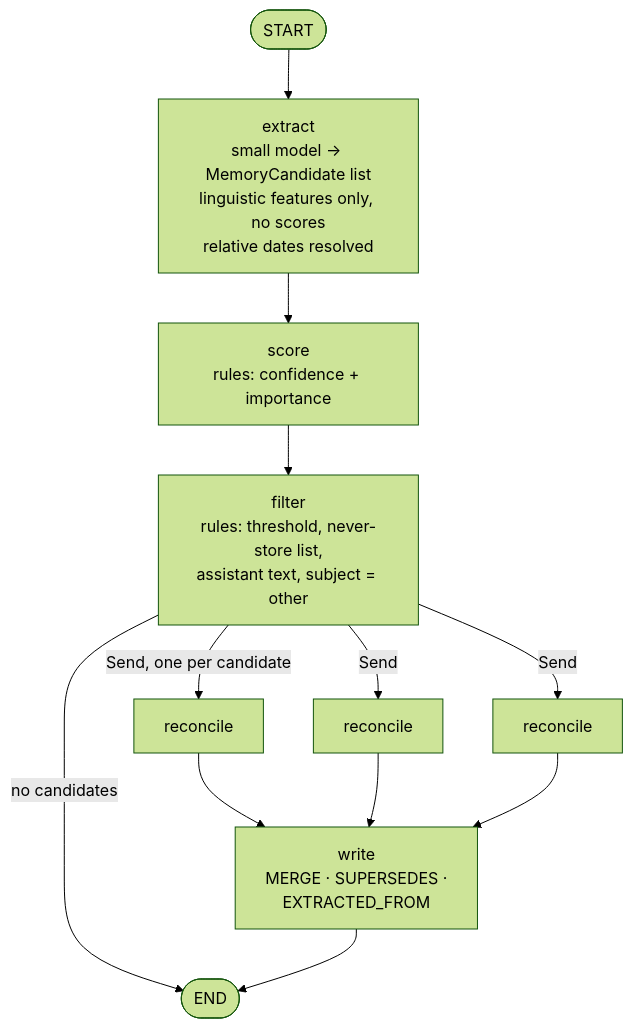
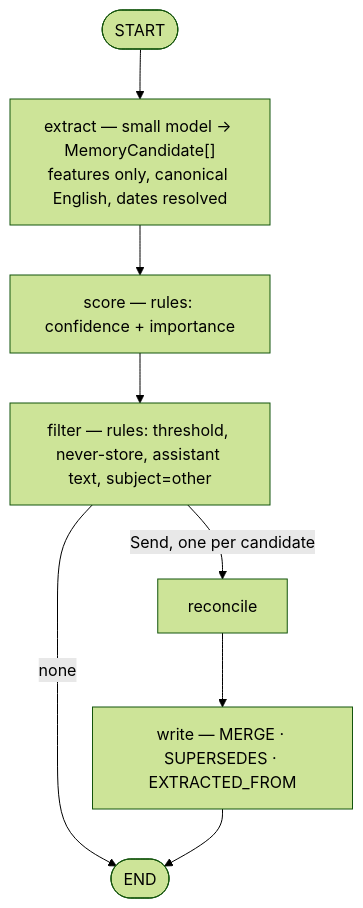
The third of 4 diagrams in docs/ARCHITECTURE.md (Ankit-Bharti2908/astro_app), drawn with Mermaid (forest theme) before and after one commit. The commit also changed other lines of this file and 4 other files, not shown here.

````diff
--- a/docs/ARCHITECTURE.md
+++ b/docs/ARCHITECTURE.md
@@ -140,14 +127,8 @@
 ```mermaid
 flowchart TD
-    START([START]) --> EX["extract<br/>small model → MemoryCandidate list<br/>linguistic features only, no scores<br/>relative dates resolved"]
-    EX --> SC["score<br/>rules: confidence + importance"]
-    SC --> FI["filter<br/>rules: threshold, never-store list,<br/>assistant text, subject = other"]
-    FI -->|no candidates| END([END])
-    FI -->|Send, one per candidate| RC1[reconcile]
-    FI -->|Send| RC2[reconcile]
-    FI -->|Send| RCN[reconcile]
-    RC1 --> WR["write<br/>MERGE · SUPERSEDES ·<br/>EXTRACTED_FROM"]
-    RC2 --> WR
-    RCN --> WR
-    WR --> END
+    START([START]) --> EX["extract — small model → MemoryCandidate[]<br/>features only, canonical English, dates resolved"]
+    EX --> SC["score — rules: confidence + importance"]
+    SC --> FI["filter — rules: threshold, never-store, assistant text, subject=other"]
+    FI -->|none| END([END])
+    FI -->|Send, one per candidate| RC[reconcile] --> WR["write — MERGE · SUPERSEDES · EXTRACTED_FROM"] --> END
 ```
````
